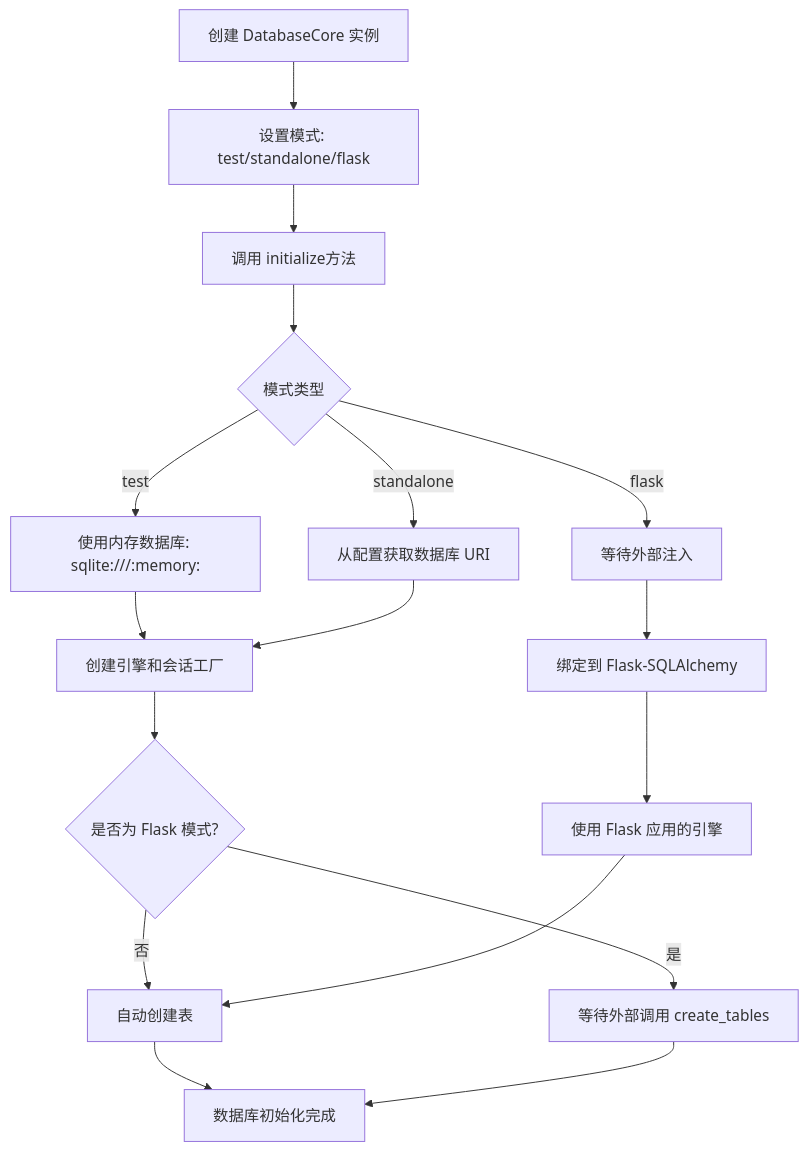
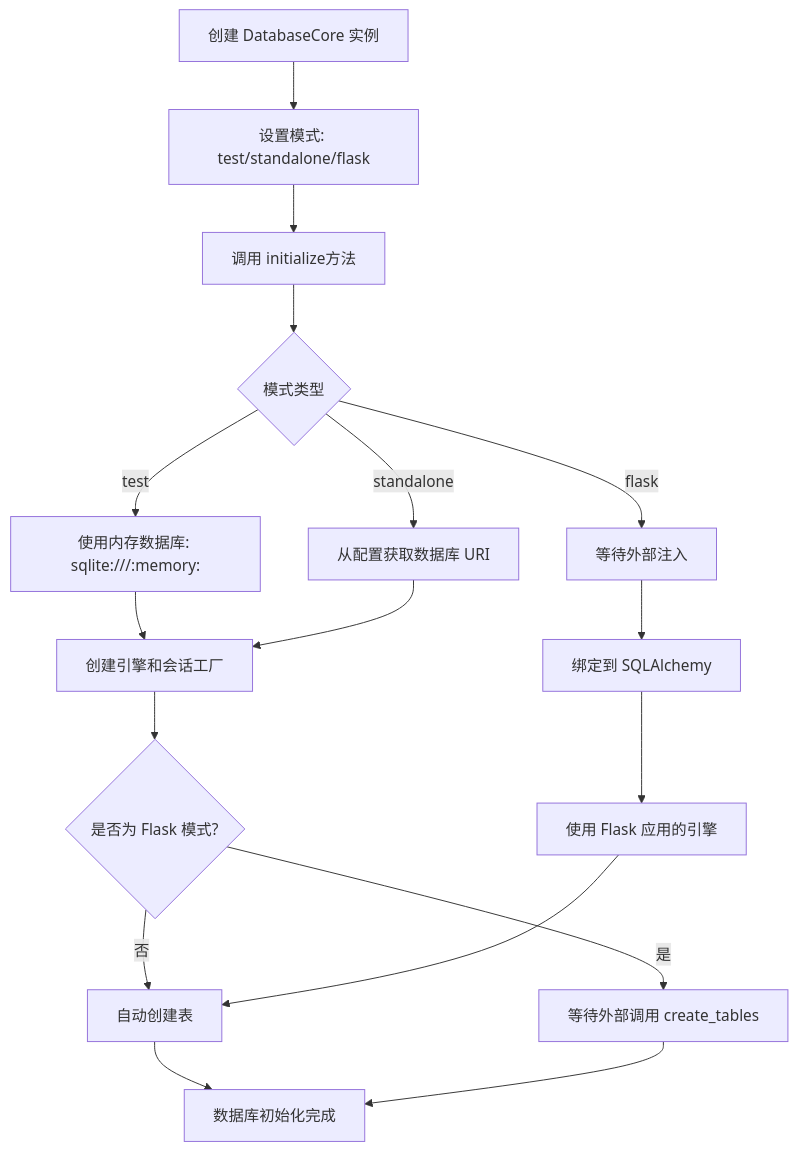
Before and after one commit to qiaoliang/wxcloudrun-flask: the fourth of 8 diagrams in start_process.md, drawn with Mermaid. The commit also changed 21 other files, not shown here.

````diff
--- a/start_process.md
+++ b/start_process.md
@@ -136,23 +136,23 @@
 ```mermaid
 flowchart TD
     A[创建 DatabaseCore 实例] --> B[设置模式: test/standalone/flask]
     B --> C[调用 initialize方法]
 
     C --> D{模式类型}
     D -->|test| E[使用内存数据库: sqlite:///:memory:]
     D -->|standalone| F[从配置获取数据库 URI]
     D -->|flask| G[等待外部注入]
 
     E --> H[创建引擎和会话工厂]
     F --> H
-    G --> I[绑定到 Flask-SQLAlchemy]
+    G --> I[绑定到 SQLAlchemy]
 
     H --> J{是否为 Flask 模式?}
     J -->|否| K[自动创建表]
     J -->|是| L[等待外部调用 create_tables]
 
     I --> M[使用 Flask 应用的引擎]
     M --> K
     K --> N[数据库初始化完成]
     L --> N
 ```
````
